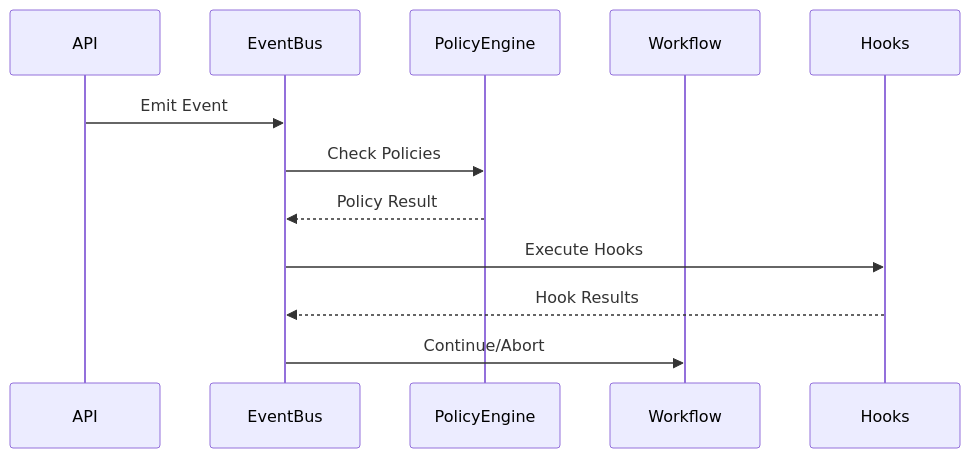
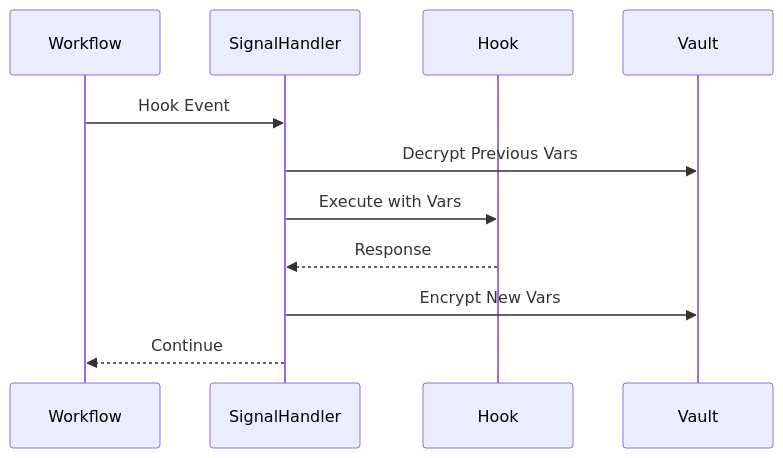
Before and after one commit to nunocgoncalves/stackly: the eighth of 10 diagrams in README.md, drawn with Mermaid. The commit also changed other lines of this file, not shown here.

````diff
--- a/README.md
+++ b/README.md
@@ -429,15 +263,14 @@
-  ```mermaid
-  sequenceDiagram
-      participant API
-      participant EventBus
-      participant PolicyEngine
-      participant Workflow
-      participant Hooks
-      
-      API->>EventBus: Emit Event
-      EventBus->>PolicyEngine: Check Policies
-      PolicyEngine-->>EventBus: Policy Result
-      EventBus->>Hooks: Execute Hooks
-      Hooks-->>EventBus: Hook Results
-      EventBus->>Workflow: Continue/Abort
-  ```
+```mermaid
+sequenceDiagram
+    participant Workflow
+    participant SignalHandler
+    participant Hook
+    participant Vault
+    
+    Workflow->>SignalHandler: Hook Event
+    SignalHandler->>Vault: Decrypt Previous Vars
+    SignalHandler->>Hook: Execute with Vars
+    Hook-->>SignalHandler: Response
+    SignalHandler->>Vault: Encrypt New Vars
+    SignalHandler-->>Workflow: Continue
+```
````
